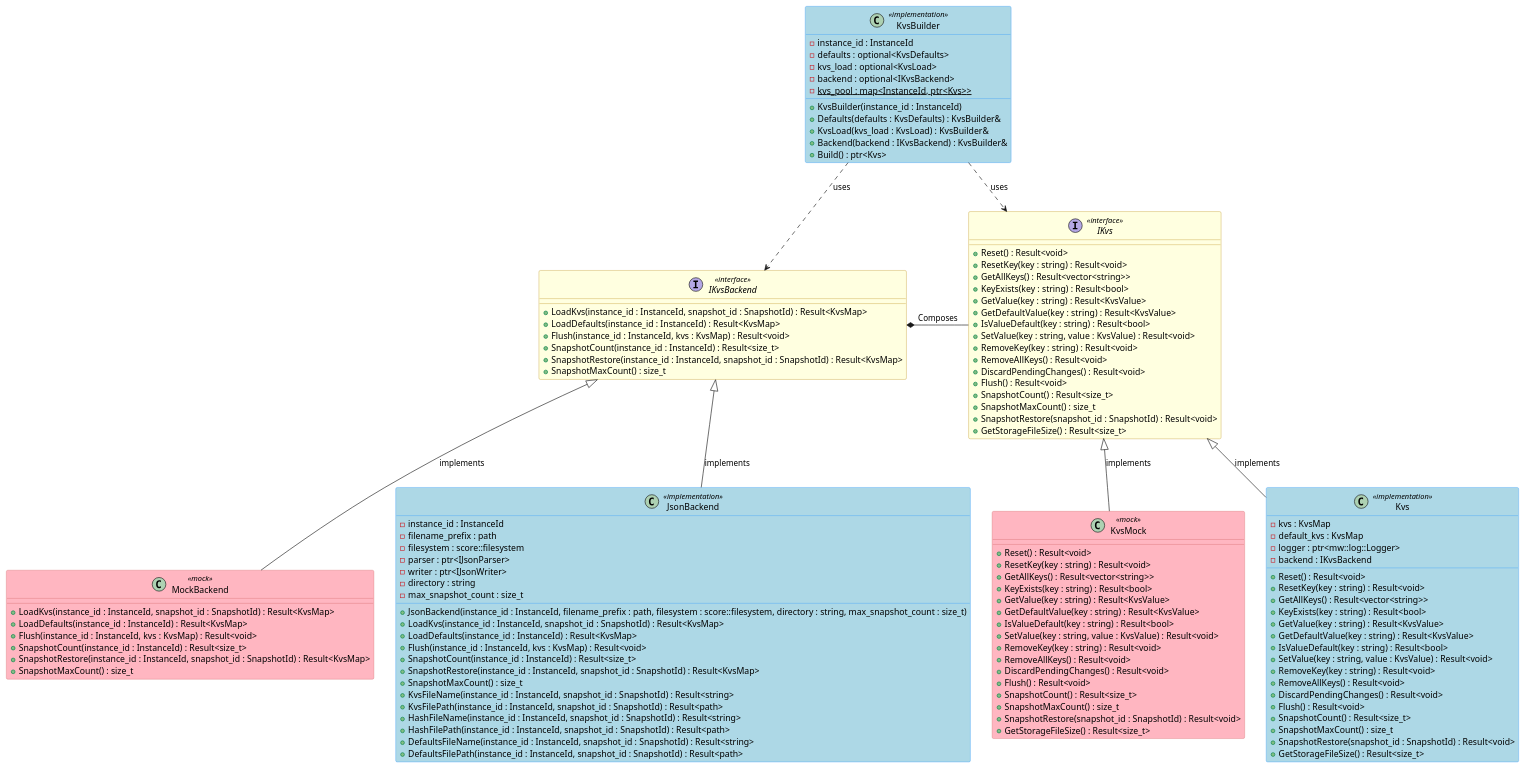
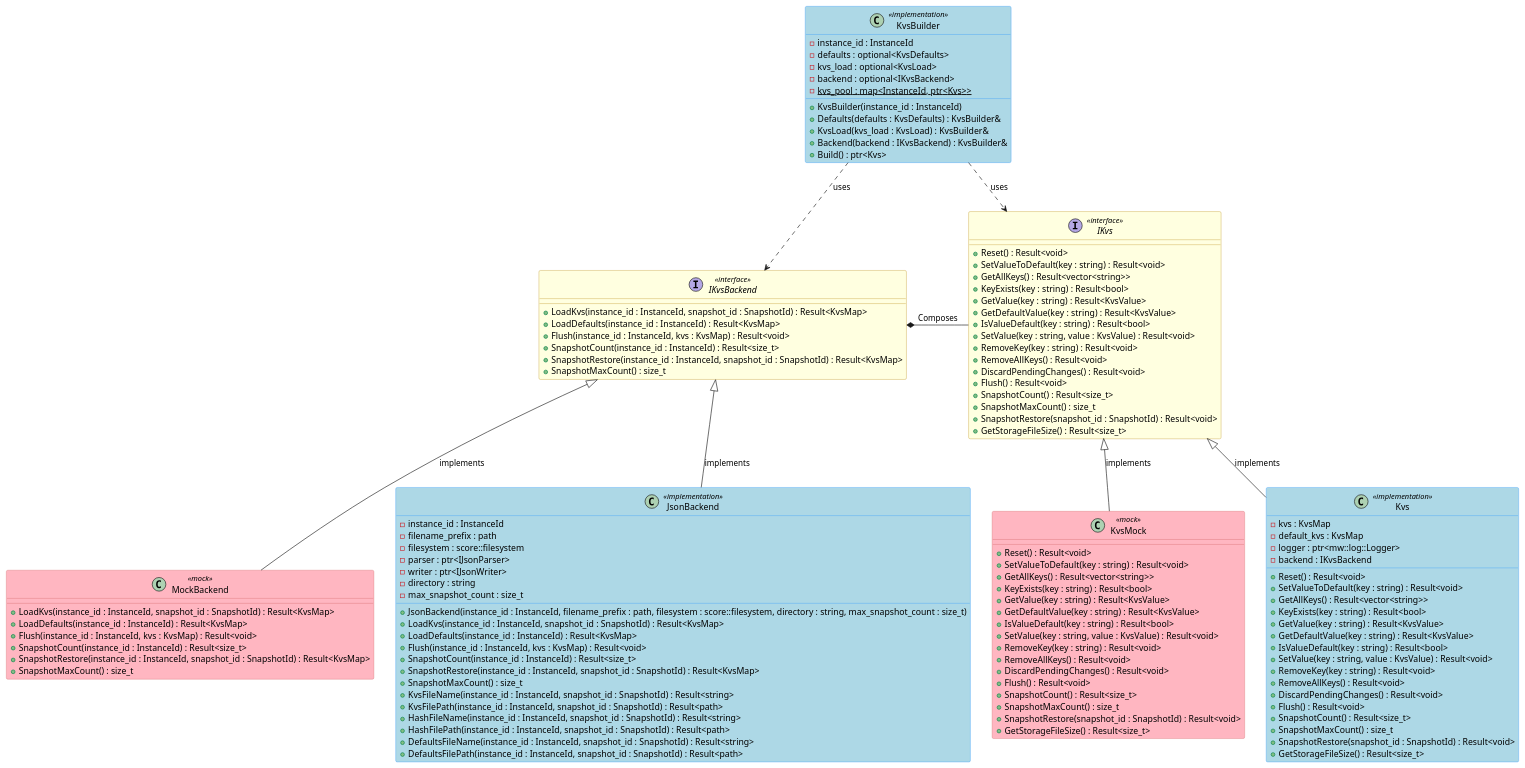
The diagram in score/kvs/docs/detailed_design/class_diagram_cpp.puml (esrlabs/inc_mw_per), drawn with PlantUML before and after one commit. The commit also changed 16 other files, not shown here.

First line of the commit message:
kvs: Rename `reset_key` to `set_value_to_default` (#585)

```diff
--- a/score/kvs/docs/detailed_design/class_diagram_cpp.puml
+++ b/score/kvs/docs/detailed_design/class_diagram_cpp.puml
@@ -14,146 +14,146 @@
 @startuml ScorePersistencyKvsDesign
 
 skinparam class {
     BackgroundColor<<interface>> LightYellow
     BorderColor<<interface>> DarkGoldenRod
     BackgroundColor<<implementation>> LightBlue
     BorderColor<<implementation>> DodgerBlue
     BackgroundColor<<mock>> LightPink
     BorderColor<<mock>> IndianRed
 }
 
 class KvsBuilder <<implementation>> {
     - instance_id : InstanceId
     - defaults : optional<KvsDefaults>
     - kvs_load : optional<KvsLoad>
     - backend : optional<IKvsBackend>
     - {static} kvs_pool : map<InstanceId, ptr<Kvs>>
     __
     + KvsBuilder(instance_id : InstanceId)
     + Defaults(defaults : KvsDefaults) : KvsBuilder&
     + KvsLoad(kvs_load : KvsLoad) : KvsBuilder&
     + Backend(backend : IKvsBackend) : KvsBuilder&
     + Build() : ptr<Kvs>
 }
 
 interface IKvsBackend <<interface>> {
     + LoadKvs(instance_id : InstanceId, snapshot_id : SnapshotId) : Result<KvsMap>
     + LoadDefaults(instance_id : InstanceId) : Result<KvsMap>
     + Flush(instance_id : InstanceId, kvs : KvsMap) : Result<void>
     + SnapshotCount(instance_id : InstanceId) : Result<size_t>
     + SnapshotRestore(instance_id : InstanceId, snapshot_id : SnapshotId) : Result<KvsMap>
     + SnapshotMaxCount() : size_t
 }
 
 interface IKvs <<interface>> {
     + Reset() : Result<void>
-    + ResetKey(key : string) : Result<void>
+    + SetValueToDefault(key : string) : Result<void>
     + GetAllKeys() : Result<vector<string>>
     + KeyExists(key : string) : Result<bool>
     + GetValue(key : string) : Result<KvsValue>
     + GetDefaultValue(key : string) : Result<KvsValue>
     + IsValueDefault(key : string) : Result<bool>
     + SetValue(key : string, value : KvsValue) : Result<void>
     + RemoveKey(key : string) : Result<void>
     + RemoveAllKeys() : Result<void>
     + DiscardPendingChanges() : Result<void>
     + Flush() : Result<void>
     + SnapshotCount() : Result<size_t>
     + SnapshotMaxCount() : size_t
     + SnapshotRestore(snapshot_id : SnapshotId) : Result<void>
     + GetStorageFileSize() : Result<size_t>
 }
 
 IKvsBackend -[hidden]right- IKvs
 MockBackend -[hidden]right- JsonBackend
 JsonBackend -[hidden]right- KvsMock
 KvsMock  -[hidden]right- Kvs
 
 class MockBackend <<mock>> {
     + LoadKvs(instance_id : InstanceId, snapshot_id : SnapshotId) : Result<KvsMap>
     + LoadDefaults(instance_id : InstanceId) : Result<KvsMap>
     + Flush(instance_id : InstanceId, kvs : KvsMap) : Result<void>
     + SnapshotCount(instance_id : InstanceId) : Result<size_t>
     + SnapshotRestore(instance_id : InstanceId, snapshot_id : SnapshotId) : Result<KvsMap>
     + SnapshotMaxCount() : size_t
 }
 
 class JsonBackend <<implementation>> {
     - instance_id : InstanceId
     - filename_prefix : path
     - filesystem : score::filesystem
     - parser : ptr<IJsonParser>
     - writer : ptr<IJsonWriter>
     - directory : string
     - max_snapshot_count : size_t
     __
     + JsonBackend(instance_id : InstanceId, filename_prefix : path, filesystem : score::filesystem, directory : string, max_snapshot_count : size_t)
     + LoadKvs(instance_id : InstanceId, snapshot_id : SnapshotId) : Result<KvsMap>
     + LoadDefaults(instance_id : InstanceId) : Result<KvsMap>
     + Flush(instance_id : InstanceId, kvs : KvsMap) : Result<void>
     + SnapshotCount(instance_id : InstanceId) : Result<size_t>
     + SnapshotRestore(instance_id : InstanceId, snapshot_id : SnapshotId) : Result<KvsMap>
     + SnapshotMaxCount() : size_t
     + KvsFileName(instance_id : InstanceId, snapshot_id : SnapshotId) : Result<string>
     + KvsFilePath(instance_id : InstanceId, snapshot_id : SnapshotId) : Result<path>
     + HashFileName(instance_id : InstanceId, snapshot_id : SnapshotId) : Result<string>
     + HashFilePath(instance_id : InstanceId, snapshot_id : SnapshotId) : Result<path>
     + DefaultsFileName(instance_id : InstanceId, snapshot_id : SnapshotId) : Result<string>
     + DefaultsFilePath(instance_id : InstanceId, snapshot_id : SnapshotId) : Result<path>
 }
 
 class KvsMock  <<mock>> {
     + Reset() : Result<void>
-    + ResetKey(key : string) : Result<void>
+    + SetValueToDefault(key : string) : Result<void>
     + GetAllKeys() : Result<vector<string>>
     + KeyExists(key : string) : Result<bool>
     + GetValue(key : string) : Result<KvsValue>
     + GetDefaultValue(key : string) : Result<KvsValue>
     + IsValueDefault(key : string) : Result<bool>
     + SetValue(key : string, value : KvsValue) : Result<void>
     + RemoveKey(key : string) : Result<void>
     + RemoveAllKeys() : Result<void>
     + DiscardPendingChanges() : Result<void>
     + Flush() : Result<void>
     + SnapshotCount() : Result<size_t>
     + SnapshotMaxCount() : size_t
     + SnapshotRestore(snapshot_id : SnapshotId) : Result<void>
     + GetStorageFileSize() : Result<size_t>
 }
 
 class Kvs <<implementation>> {
     - kvs : KvsMap
     - default_kvs : KvsMap
     - logger : ptr<mw::log::Logger>
     - backend : IKvsBackend
     __
     + Reset() : Result<void>
-    + ResetKey(key : string) : Result<void>
+    + SetValueToDefault(key : string) : Result<void>
     + GetAllKeys() : Result<vector<string>>
     + KeyExists(key : string) : Result<bool>
     + GetValue(key : string) : Result<KvsValue>
     + GetDefaultValue(key : string) : Result<KvsValue>
     + IsValueDefault(key : string) : Result<bool>
     + SetValue(key : string, value : KvsValue) : Result<void>
     + RemoveKey(key : string) : Result<void>
     + RemoveAllKeys() : Result<void>
     + DiscardPendingChanges() : Result<void>
     + Flush() : Result<void>
     + SnapshotCount() : Result<size_t>
     + SnapshotMaxCount() : size_t
     + SnapshotRestore(snapshot_id : SnapshotId) : Result<void>
     + GetStorageFileSize() : Result<size_t>
 }
 
 ' Relationships
 MockBackend -up-|> IKvsBackend : implements
 JsonBackend -up-|> IKvsBackend : implements
 KvsMock  -up-|> IKvs : implements
 Kvs -up-|> IKvs : implements
 
 ' Dependencies
 KvsBuilder ..> IKvsBackend : uses
 KvsBuilder ..> IKvs : uses
 IKvsBackend *-- IKvs : Composes
 
 @enduml
```
